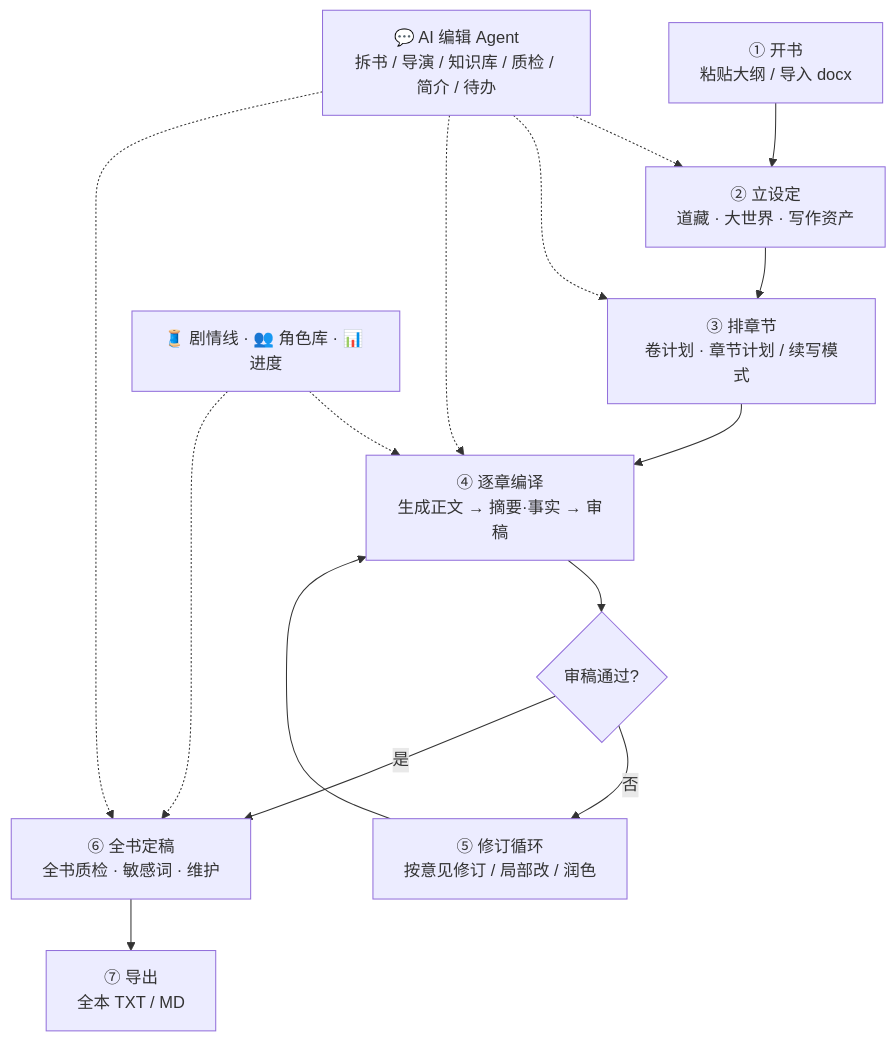
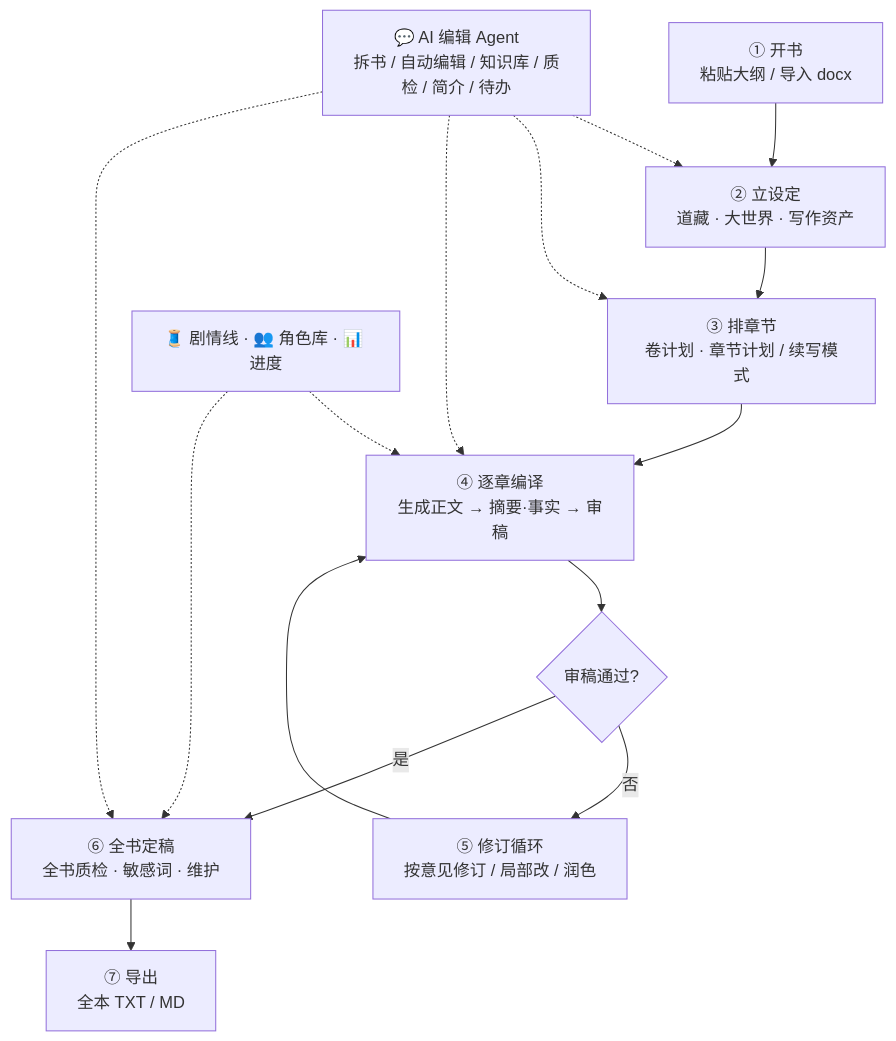
One commit to watersxya/dsh-novel-forge changed the first of 2 diagrams in README.md. Above: the diagram before and after it, drawn with Mermaid. The commit also changed other lines of this file and 3 other files, not shown here.

Commit message:
release: v2.1.2-alpha (rename 自动导演 -> 自动编辑, incl. workflow diagram)

````diff
--- a/README.md
+++ b/README.md
@@ -155,18 +155,18 @@
 ```mermaid
 flowchart TD
     A[① 开书<br/>粘贴大纲 / 导入 docx] --> B[② 立设定<br/>道藏 · 大世界 · 写作资产]
     B --> C[③ 排章节<br/>卷计划 · 章节计划 / 续写模式]
     C --> D[④ 逐章编译<br/>生成正文 → 摘要·事实 → 审稿]
     D --> E{审稿通过?}
     E -->|否| F[⑤ 修订循环<br/>按意见修订 / 局部改 / 润色]
     F --> D
     E -->|是| G[⑥ 全书定稿<br/>全书质检 · 敏感词 · 维护]
     G --> H[⑦ 导出<br/>全本 TXT / MD]
 
-    R1[💬 AI 编辑 Agent<br/>拆书 / 导演 / 知识库 / 质检 / 简介 / 待办] -.-> B
+    R1[💬 AI 编辑 Agent<br/>拆书 / 自动编辑 / 知识库 / 质检 / 简介 / 待办] -.-> B
     R1 -.-> C
     R1 -.-> D
     R1 -.-> G
     R2[🧵 剧情线 · 👥 角色库 · 📊 进度] -.-> D
     R2 -.-> G
 ```
````
